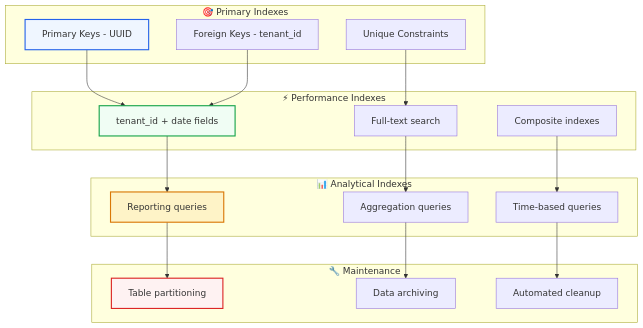
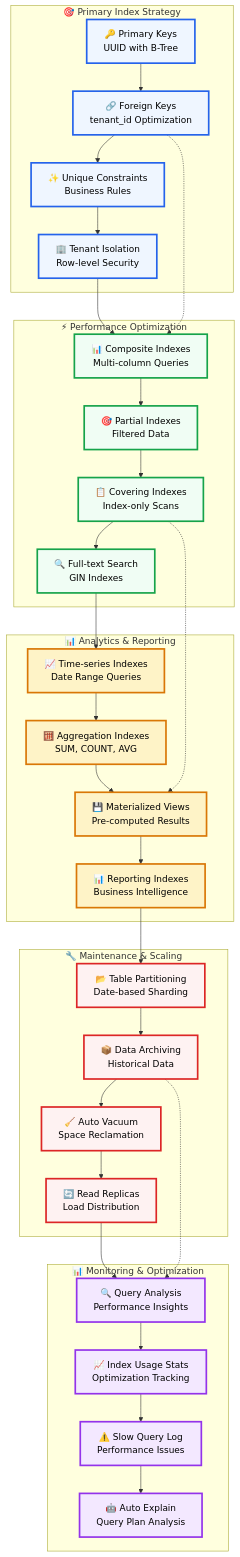
Before and after one commit to abdoElHodaky/larvaccountplatfo: the seventh of 11 diagrams in README.md, drawn with Mermaid. The commit also changed other lines of this file, not shown here.

````diff
--- a/README.md
+++ b/README.md
@@ -471,43 +764,81 @@
 ```mermaid
 graph TB
-    subgraph "🎯 Primary Indexes"
-        PK[Primary Keys - UUID]
-        FK[Foreign Keys - tenant_id]
-        UNIQUE[Unique Constraints]
+    subgraph "🎯 Primary Index Strategy"
+        PK[🔑 Primary Keys<br/>UUID with B-Tree]
+        FK[🔗 Foreign Keys<br/>tenant_id Optimization]
+        UNIQUE[✨ Unique Constraints<br/>Business Rules]
+        TENANT_ISOLATION[🏢 Tenant Isolation<br/>Row-level Security]
+        
+        PK --> FK
+        FK --> UNIQUE
+        UNIQUE --> TENANT_ISOLATION
     end
     
-    subgraph "⚡ Performance Indexes"
-        TENANT_DATE[tenant_id + date fields]
-        SEARCH[Full-text search]
-        COMPOSITE[Composite indexes]
+    subgraph "⚡ Performance Optimization"
+        COMPOSITE[📊 Composite Indexes<br/>Multi-column Queries]
+        PARTIAL[🎯 Partial Indexes<br/>Filtered Data]
+        COVERING[📋 Covering Indexes<br/>Index-only Scans]
+        SEARCH[🔍 Full-text Search<br/>GIN Indexes]
+        
+        COMPOSITE --> PARTIAL
+        PARTIAL --> COVERING
+        COVERING --> SEARCH
     end
     
-    subgraph "📊 Analytical Indexes"
-        REPORTING[Reporting queries]
-        AGGREGATION[Aggregation queries]
-        TIME_SERIES[Time-based queries]
+    subgraph "📊 Analytics & Reporting"
+        TIME_SERIES[📈 Time-series Indexes<br/>Date Range Queries]
+        AGGREGATION[🧮 Aggregation Indexes<br/>SUM, COUNT, AVG]
+        MATERIALIZED[💾 Materialized Views<br/>Pre-computed Results]
+        REPORTING[📊 Reporting Indexes<br/>Business Intelligence]
+        
+        TIME_SERIES --> AGGREGATION
+        AGGREGATION --> MATERIALIZED
+        MATERIALIZED --> REPORTING
     end
     
-    subgraph "🔧 Maintenance"
-        PARTITIONING[Table partitioning]
-        ARCHIVING[Data archiving]
-        CLEANUP[Automated cleanup]
+    subgraph "🔧 Maintenance & Scaling"
+        PARTITIONING[📂 Table Partitioning<br/>Date-based Sharding]
+        ARCHIVING[📦 Data Archiving<br/>Historical Data]
+        VACUUM[🧹 Auto Vacuum<br/>Space Reclamation]
+        REPLICATION[🔄 Read Replicas<br/>Load Distribution]
+        
+        PARTITIONING --> ARCHIVING
+        ARCHIVING --> VACUUM
+        VACUUM --> REPLICATION
     end
     
-    PK --> TENANT_DATE
-    FK --> TENANT_DATE
-    UNIQUE --> SEARCH
+    subgraph "📊 Monitoring & Optimization"
+        QUERY_ANALYSIS[🔍 Query Analysis<br/>Performance Insights]
+        INDEX_USAGE[📈 Index Usage Stats<br/>Optimization Tracking]
+        SLOW_QUERIES[⚠️ Slow Query Log<br/>Performance Issues]
+        AUTO_EXPLAIN[🤖 Auto Explain<br/>Query Plan Analysis]
+        
+        QUERY_ANALYSIS --> INDEX_USAGE
+        INDEX_USAGE --> SLOW_QUERIES
+        SLOW_QUERIES --> AUTO_EXPLAIN
+    end
     
-    TENANT_DATE --> REPORTING
-    SEARCH --> AGGREGATION
-    COMPOSITE --> TIME_SERIES
+    %% Cross-layer Connections
+    TENANT_ISOLATION --> COMPOSITE
+    SEARCH --> TIME_SERIES
+    REPORTING --> PARTITIONING
+    REPLICATION --> QUERY_ANALYSIS
     
-    REPORTING --> PARTITIONING
-    AGGREGATION --> ARCHIVING
-    TIME_SERIES --> CLEANUP
+    %% Performance Flow
+    FK -.-> COMPOSITE
+    COVERING -.-> MATERIALIZED
+    ARCHIVING -.-> QUERY_ANALYSIS
     
-    style PK fill:#eff6ff,stroke:#2563eb,stroke-width:2px
-    style TENANT_DATE fill:#f0fdf4,stroke:#16a34a,stroke-width:2px
-    style REPORTING fill:#fef3c7,stroke:#d97706,stroke-width:2px
-    style PARTITIONING fill:#fef2f2,stroke:#dc2626,stroke-width:2px
+    %% Styling
+    classDef primary fill:#eff6ff,stroke:#2563eb,stroke-width:3px,color:#000
+    classDef performance fill:#f0fdf4,stroke:#16a34a,stroke-width:3px,color:#000
+    classDef analytics fill:#fef3c7,stroke:#d97706,stroke-width:3px,color:#000
+    classDef maintenance fill:#fef2f2,stroke:#dc2626,stroke-width:3px,color:#000
+    classDef monitoring fill:#f3e8ff,stroke:#9333ea,stroke-width:3px,color:#000
+    
+    class PK,FK,UNIQUE,TENANT_ISOLATION primary
+    class COMPOSITE,PARTIAL,COVERING,SEARCH performance
+    class TIME_SERIES,AGGREGATION,MATERIALIZED,REPORTING analytics
+    class PARTITIONING,ARCHIVING,VACUUM,REPLICATION maintenance
+    class QUERY_ANALYSIS,INDEX_USAGE,SLOW_QUERIES,AUTO_EXPLAIN monitoring
 ```
````
